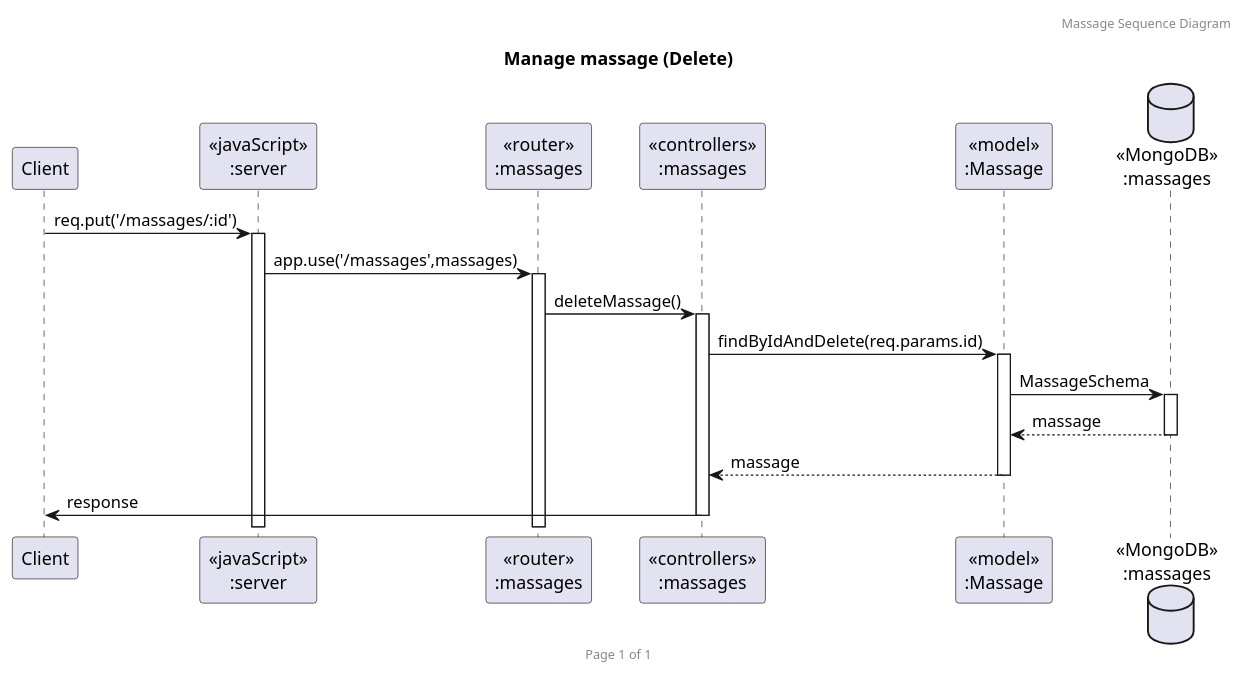
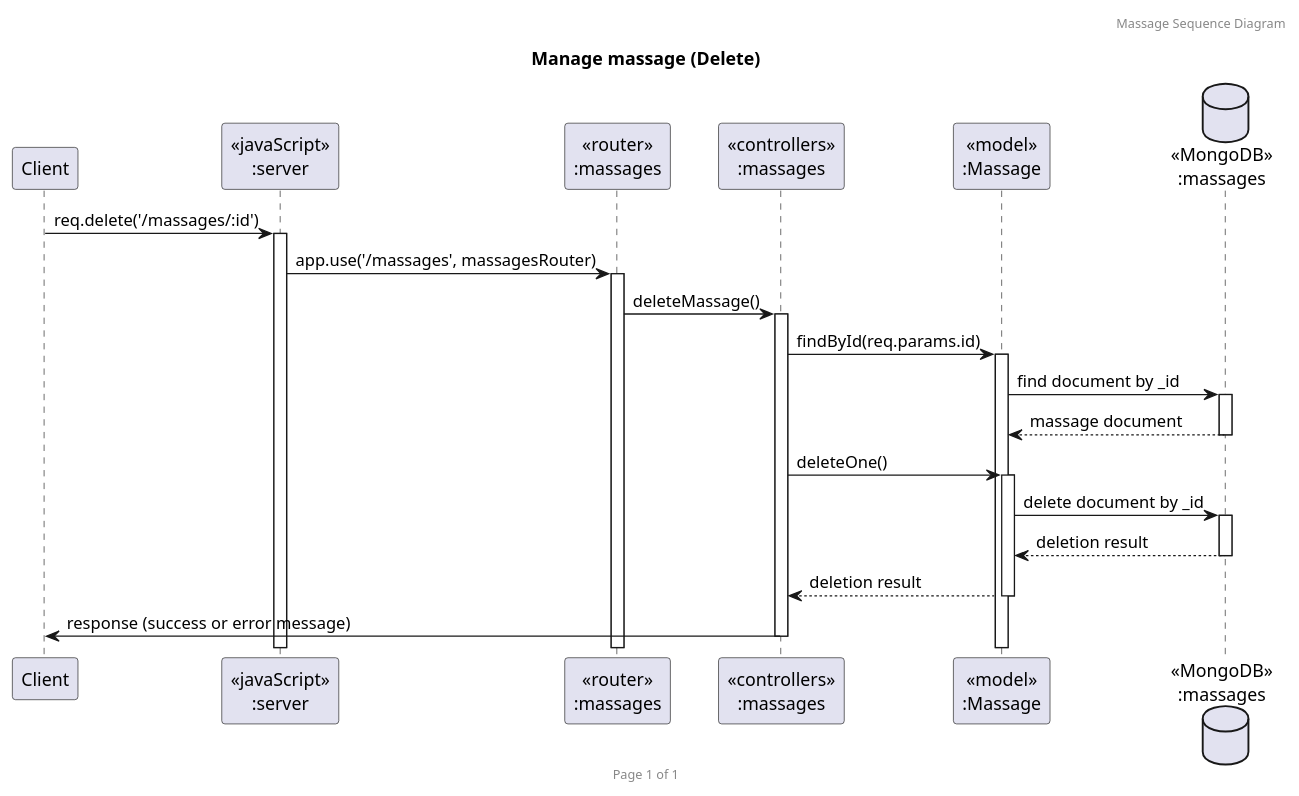
Before and after one commit to 2110503TACEDT66/presentation-day-1-samsaomidnight: the diagram in PlantUml/MsgDELETE.puml, drawn with PlantUML. The commit also changed other lines of this file, not shown here.

Commit message:
update msgdelete puml

```diff
--- a/PlantUml/MsgDELETE.puml
+++ b/PlantUml/MsgDELETE.puml
@@ -2,23 +1,26 @@
 @startuml Manage massage (Delete)
 
 header Massage Sequence Diagram
 footer Page %page% of %lastpage%
 title "Manage massage (Delete)"
 
 participant "Client" as client
 participant "<<javaScript>>\n:server" as server
 participant "<<router>>\n:massages" as routerMassages
 participant "<<controllers>>\n:massages" as controllersMassages
 participant "<<model>>\n:Massage" as modelMassage
 database "<<MongoDB>>\n:massages" as MassagesDatabase
 
-client->server ++:req.put('/massages/:id')
-server->routerMassages ++:app.use('/massages',massages)
-routerMassages -> controllersMassages ++:deleteMassage()
-controllersMassages->modelMassage ++:findByIdAndDelete(req.params.id)
-modelMassage ->MassagesDatabase ++: MassageSchema
-MassagesDatabase --> modelMassage --: massage
-controllersMassages <-- modelMassage --:massage
-controllersMassages->client --:response
+client->server ++: req.delete('/massages/:id')
+server->routerMassages ++: app.use('/massages', massagesRouter)
+routerMassages -> controllersMassages ++: deleteMassage()
+controllersMassages->modelMassage ++: findById(req.params.id)
+modelMassage ->MassagesDatabase ++: find document by _id
+MassagesDatabase --> modelMassage --: massage document
+controllersMassages ->modelMassage ++: deleteOne()
+modelMassage ->MassagesDatabase ++: delete document by _id
+MassagesDatabase --> modelMassage --: deletion result
+controllersMassages <-- modelMassage --: deletion result
+controllersMassages->client --: response (success or error message)
 
 @enduml
```
